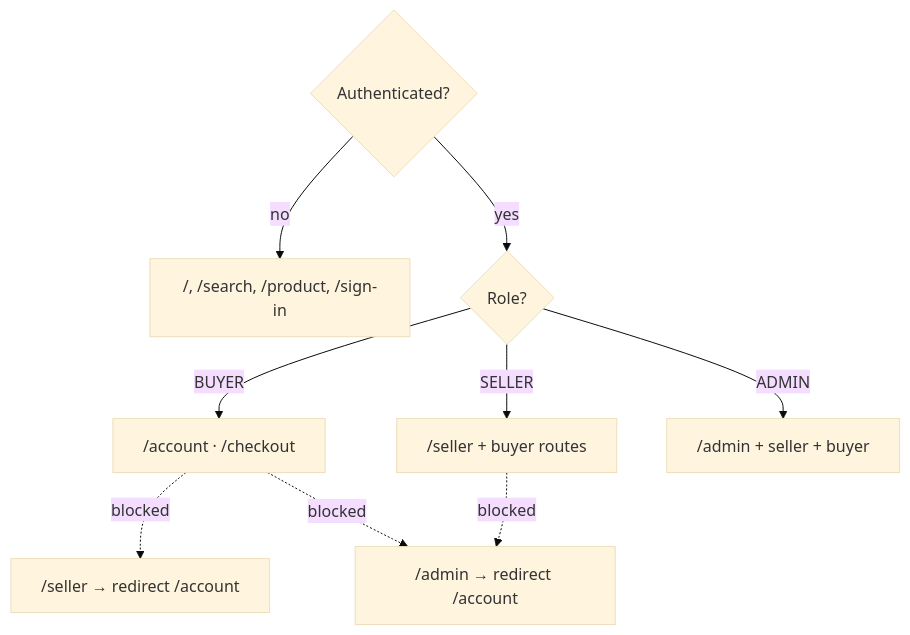
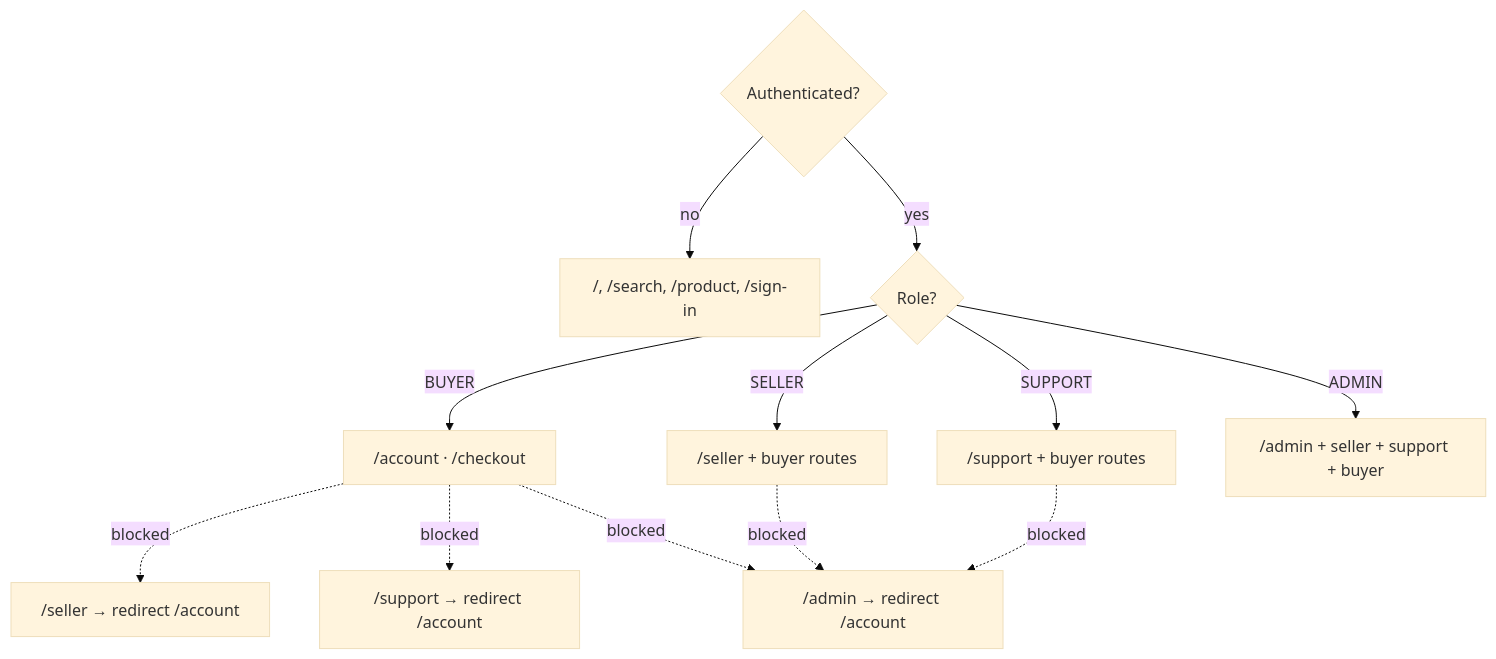
One commit to Quan-Trancs/ecommerce changed the third of 7 diagrams in ROLES.md. Above: the diagram before and after it, drawn with Mermaid (base theme). The commit also changed other lines of this file and 21 other files, not shown here.

First line of the commit message:
Add SUPPORT role for customer-service order assist (v1.3.4).

````diff
--- a/ROLES.md
+++ b/ROLES.md
@@ -81,14 +87,17 @@
 ```mermaid
 flowchart TD
   Req{Authenticated?}
   Req -->|no| Public["/, /search, /product, /sign-in"]
   Req -->|yes| Role{Role?}
 
   Role -->|BUYER| BuyerHome["/account · /checkout"]
   Role -->|SELLER| SellerHome["/seller + buyer routes"]
-  Role -->|ADMIN| AdminHome["/admin + seller + buyer"]
+  Role -->|SUPPORT| SupportHome["/support + buyer routes"]
+  Role -->|ADMIN| AdminHome["/admin + seller + support + buyer"]
 
   BuyerHome -.->|blocked| SellerBlock["/seller → redirect /account"]
+  BuyerHome -.->|blocked| SupportBlock["/support → redirect /account"]
   BuyerHome -.->|blocked| AdminBlock["/admin → redirect /account"]
   SellerHome -.->|blocked| AdminBlock
+  SupportHome -.->|blocked| AdminBlock
 ```
````
